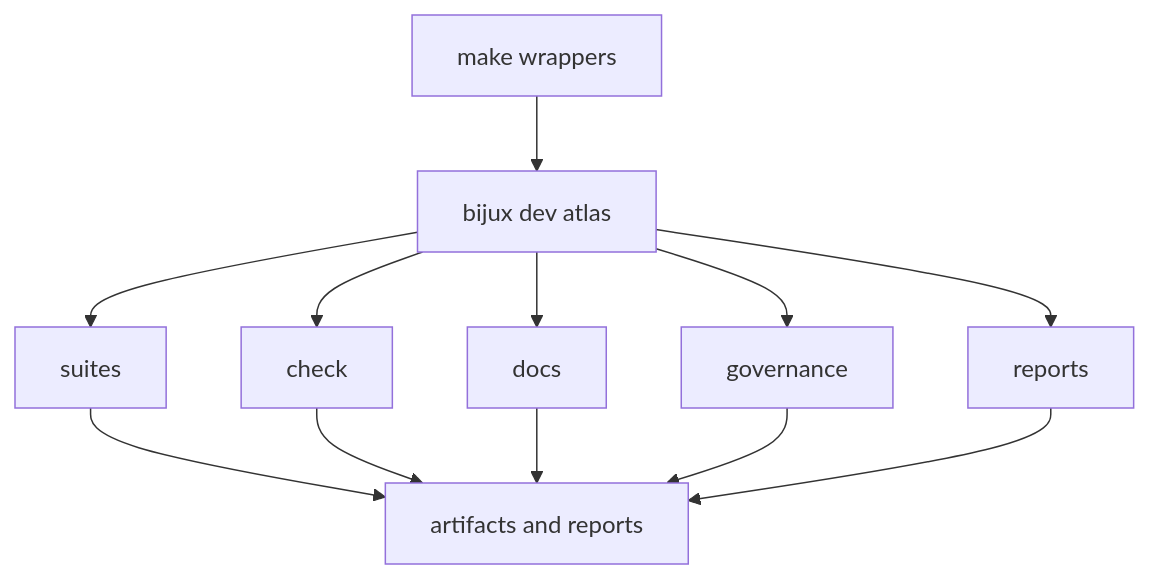
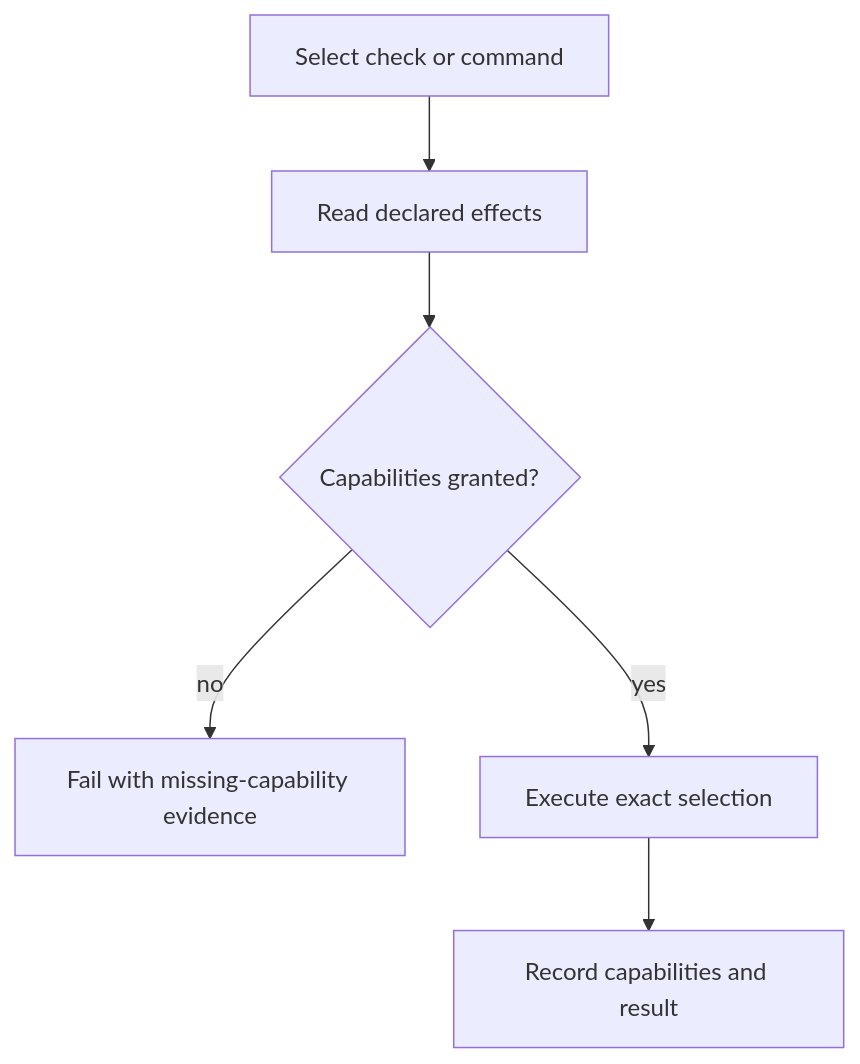
The second of 2 diagrams in docs/bijux-atlas-dev/automation/automation-control-plane.md (bijux/bijux-atlas), drawn with Mermaid before and after one commit. The commit also changed other lines of this file and 1 other file, not shown here.

Commit message:
docs(automation): define control plane authority and capabilities

````diff
--- a/docs/bijux-atlas-dev/automation/automation-control-plane.md
+++ b/docs/bijux-atlas-dev/automation/automation-control-plane.md
@@ -36,14 +76,8 @@
 ```mermaid
 flowchart TD
-    Make[make wrappers] --> DevAtlas[bijux dev atlas]
-    DevAtlas --> Suites[suites]
-    DevAtlas --> Checks[check]
-    DevAtlas --> Docs[docs]
-    DevAtlas --> Governance[governance]
-    DevAtlas --> Reports[reports]
-    Suites --> Artifacts[artifacts and reports]
-    Checks --> Artifacts
-    Docs --> Artifacts
-    Governance --> Artifacts
-    Reports --> Artifacts
+    Select[Select check or command] --> Declared[Read declared effects]
+    Declared --> Granted{Capabilities granted?}
+    Granted -- no --> Refuse[Fail with missing-capability evidence]
+    Granted -- yes --> Execute[Execute exact selection]
+    Execute --> Record[Record capabilities and result]
 ```
````
